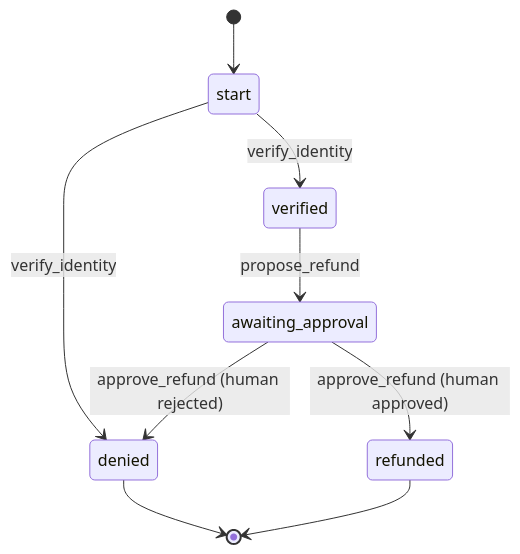
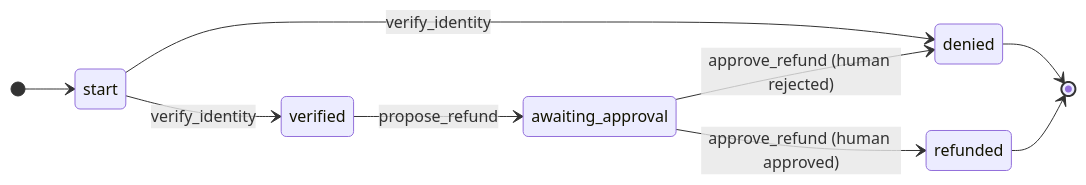
The diagram in README.md (miladsikaroudi/concordat), drawn with Mermaid before and after one commit. The commit also changed 1 other file, not shown here.

Commit message:
Lay out protocol diagrams left to right
GitHub shows Mermaid diagrams in a short frame, which cut the tall
top-down layout off after the first state.

````diff
--- a/README.md
+++ b/README.md
@@ -65,16 +65,17 @@
 ```mermaid
 stateDiagram-v2
+    direction LR
     state "awaiting_approval" as s0
     state "denied" as s1
     state "refunded" as s2
     state "start" as s3
     state "verified" as s4
     [*] --> s3
     s0 --> s1: approve_refund (human rejected)
     s0 --> s2: approve_refund (human approved)
     s3 --> s1: verify_identity
     s3 --> s4: verify_identity
     s4 --> s0: propose_refund
     s1 --> [*]
     s2 --> [*]
 ```
````
